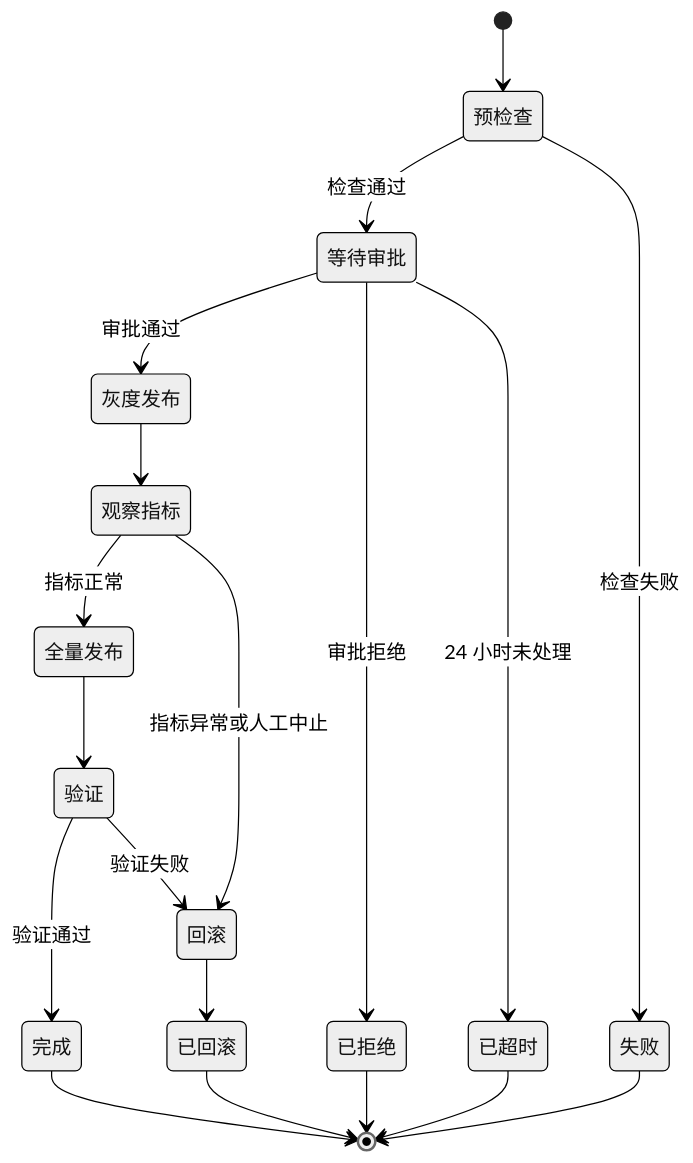
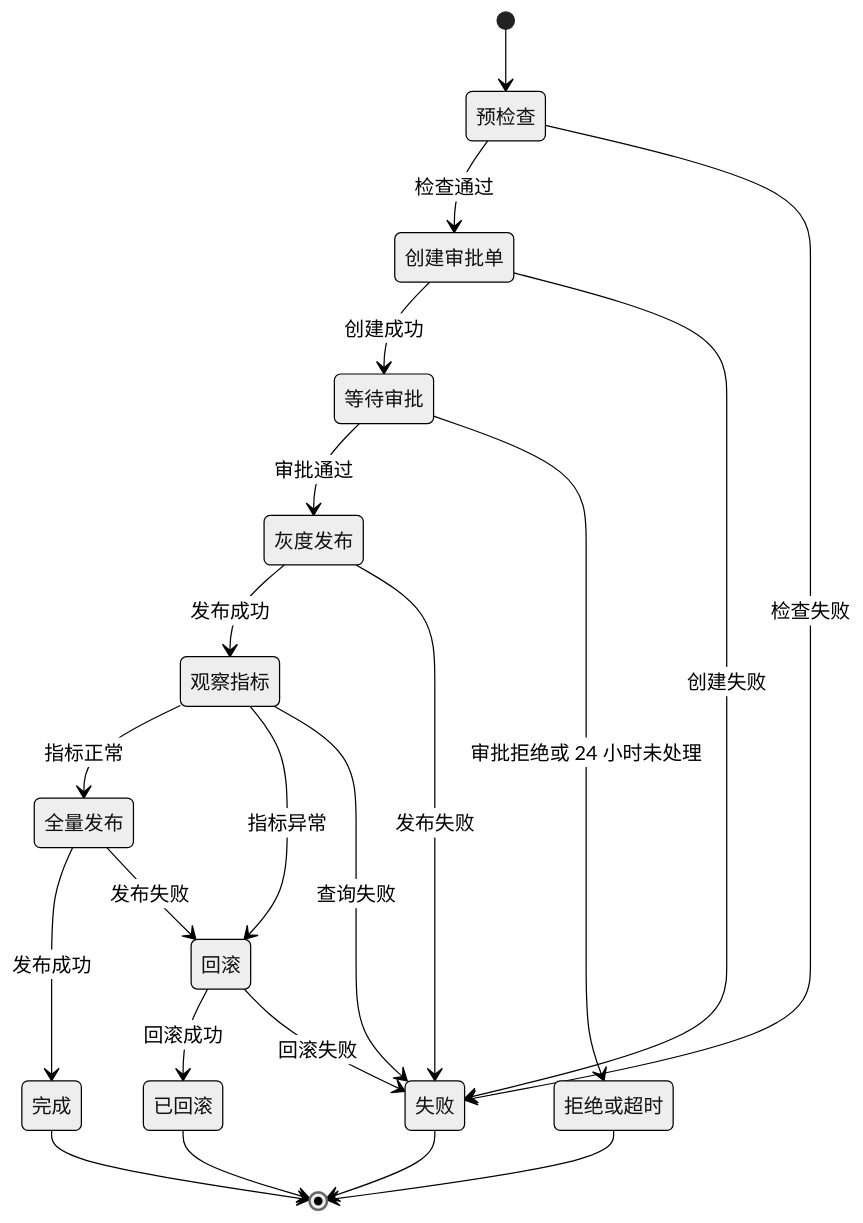
Before and after one commit to hotttao/backup: the sixth of 7 diagrams in posts/microservices/workflow/021_temporal.md, drawn with Mermaid (neutral theme). The commit also changed other lines of this file and 1 other file, not shown here.

````diff
--- a/posts/microservices/workflow/021_temporal.md
+++ b/posts/microservices/workflow/021_temporal.md
@@ -256,21 +313,23 @@
 ```mermaid
 stateDiagram-v2
     [*] --> 预检查
-    预检查 --> 等待审批: 检查通过
+    预检查 --> 创建审批单: 检查通过
     预检查 --> 失败: 检查失败
+    创建审批单 --> 等待审批: 创建成功
+    创建审批单 --> 失败: 创建失败
     等待审批 --> 灰度发布: 审批通过
-    等待审批 --> 已拒绝: 审批拒绝
-    等待审批 --> 已超时: 24 小时未处理
-    灰度发布 --> 观察指标
+    等待审批 --> 拒绝或超时: 审批拒绝或 24 小时未处理
+    灰度发布 --> 观察指标: 发布成功
+    灰度发布 --> 失败: 发布失败
     观察指标 --> 全量发布: 指标正常
-    观察指标 --> 回滚: 指标异常或人工中止
-    全量发布 --> 验证
-    验证 --> 完成: 验证通过
-    验证 --> 回滚: 验证失败
-    回滚 --> 已回滚
+    观察指标 --> 回滚: 指标异常
+    观察指标 --> 失败: 查询失败
+    全量发布 --> 完成: 发布成功
+    全量发布 --> 回滚: 发布失败
+    回滚 --> 已回滚: 回滚成功
+    回滚 --> 失败: 回滚失败
     完成 --> [*]
-    已拒绝 --> [*]
-    已超时 --> [*]
+    拒绝或超时 --> [*]
     已回滚 --> [*]
     失败 --> [*]
 ```
````
